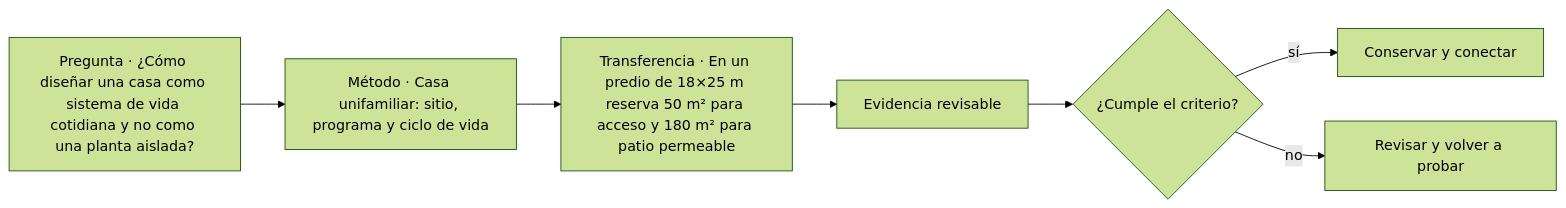
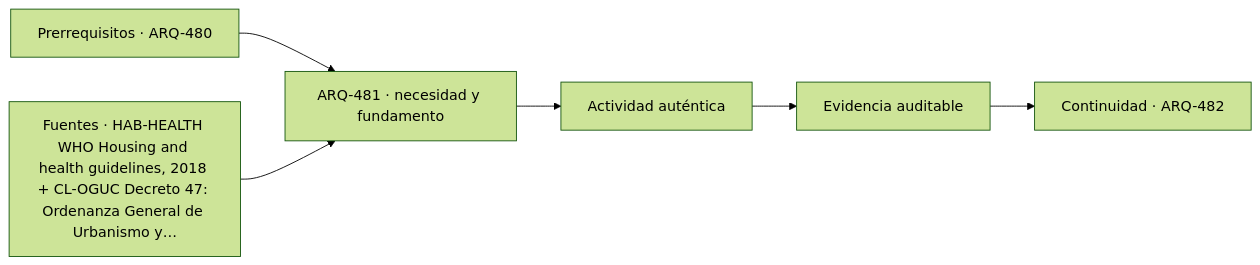
The diagram in classes/parte-49/ARQ-481.md (vladimiracunadev-create/architecture-built-environment-learning-program), drawn with Mermaid (forest theme) before and after one commit. The commit also changed other lines of this file and 761 other files, not shown here.

````diff
--- a/classes/parte-49/ARQ-481.md
+++ b/classes/parte-49/ARQ-481.md
@@ -89,9 +101,8 @@
 ```mermaid
 flowchart LR
-    Q["Pregunta · ¿Cómo diseñar una casa como sistema de vida cotidiana y no como una planta aislada?"] --> M["Método · Casa unifamiliar: sitio, programa y ciclo de vida"]
-    M --> P["Transferencia · En un predio de 18×25 m reserva 50 m² para acceso y 180 m² para patio permeable"]
-    P --> E["Evidencia revisable"]
-    E --> C{"¿Cumple el criterio?"}
-    C -->|sí| T["Conservar y conectar"]
-    C -->|no| R["Revisar y volver a probar"]
+    A["Prerrequisitos · ARQ-480"] --> B["ARQ-481 · necesidad y fundamento"]
+    S["Fuentes · HAB-HEALTH WHO Housing and health guidelines, 2018 + CL-OGUC Decreto 47: Ordenanza General de Urbanismo y…"] --> B
+    B --> C["Actividad auténtica"]
+    C --> D["Evidencia auditable"]
+    D --> E["Continuidad · ARQ-482"]
 ```
````
